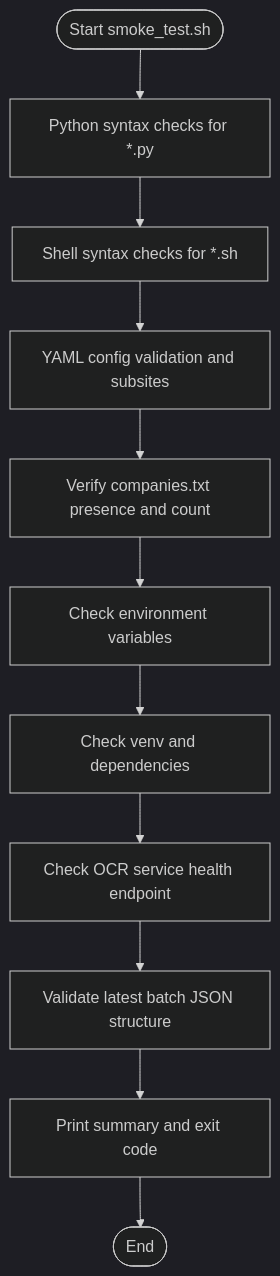
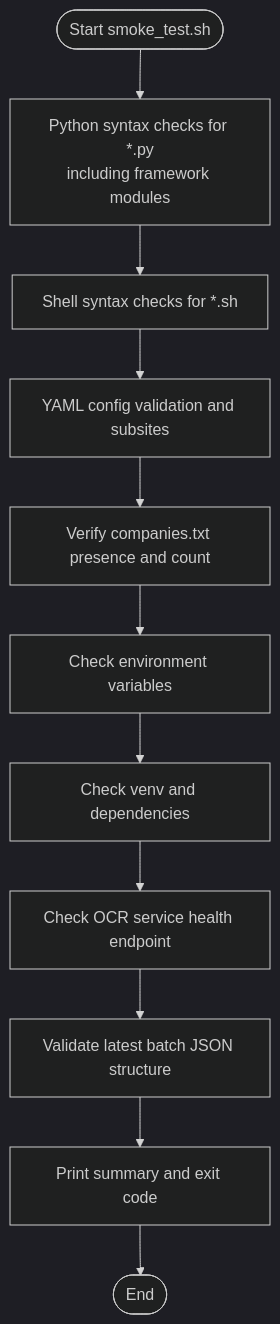
Before and after one commit to supotato-ipj/zxgk_auto_query-skill: the fifth of 8 diagrams in .qoder/repowiki/en/content/System Diagnostics.md, drawn with Mermaid (dark theme). The commit also changed other lines of this file and 24 other files, not shown here.

````diff
--- a/.qoder/repowiki/en/content/System Diagnostics.md
+++ b/.qoder/repowiki/en/content/System Diagnostics.md
@@ -201,13 +266,13 @@
 ```mermaid
 flowchart TD
-STStart(["Start smoke_test.sh"]) --> PySyntax["Python syntax checks for *.py"]
+STStart(["Start smoke_test.sh"]) --> PySyntax["Python syntax checks for *.py<br/>including framework modules"]
 PySyntax --> ShSyntax["Shell syntax checks for *.sh"]
 ShSyntax --> YamlCfg["YAML config validation and subsites"]
 YamlCfg --> Companies["Verify companies.txt presence and count"]
 Companies --> EnvVars["Check environment variables"]
 EnvVars --> Venv["Check venv and dependencies"]
 Venv --> OCRHealth["Check OCR service health endpoint"]
 OCRHealth --> BatchJSON["Validate latest batch JSON structure"]
 BatchJSON --> Report["Print summary and exit code"]
 Report --> STEnd(["End"])
 ```
````
